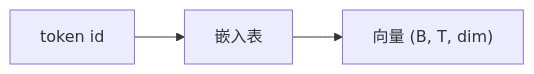
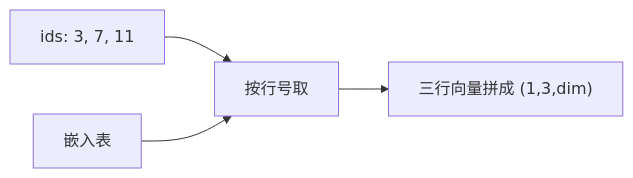
The diagram in web/src/content/beginner/cn/embedding.md (chaxus/arche), drawn with Mermaid before and after one commit. The commit also changed other lines of this file and 7 other files, not shown here.

````diff
--- a/web/src/content/beginner/cn/embedding.md
+++ b/web/src/content/beginner/cn/embedding.md
@@ -11,5 +31,6 @@
 ```mermaid
 flowchart LR
-  ids[token id] --> table[嵌入表]
-  table --> vecs["向量 (B, T, dim)"]
+  ids["ids: 3, 7, 11"] --> pick[按行号取]
+  table[嵌入表] --> pick
+  pick --> out["三行向量拼成 (1,3,dim)"]
 ```
````
